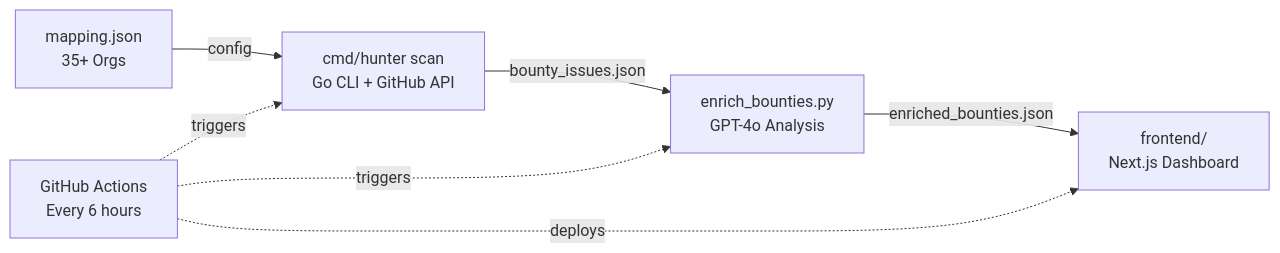
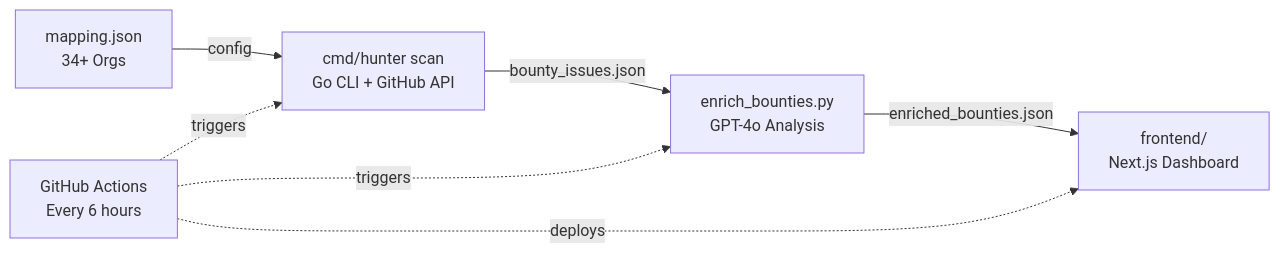
One commit to FuZoe/PD-Hunter changed the diagram in README.md. Above: the diagram before and after it, drawn with Mermaid. The commit also changed other lines of this file and 3 other files, not shown here.

````diff
--- a/README.md
+++ b/README.md
@@ -66,9 +66,9 @@
 ```mermaid
 flowchart LR
-    A[mapping.json<br/>35+ Orgs] -->|config| B[cmd/hunter scan<br/>Go CLI + GitHub API]
+    A[mapping.json<br/>34+ Orgs] -->|config| B[cmd/hunter scan<br/>Go CLI + GitHub API]
     B -->|bounty_issues.json| C[enrich_bounties.py<br/>GPT-4o Analysis]
     C -->|enriched_bounties.json| D[frontend/<br/>Next.js Dashboard]
     E[GitHub Actions<br/>Every 6 hours] -.->|triggers| B
     E -.->|triggers| C
     E -.->|deploys| D
 ```
````
